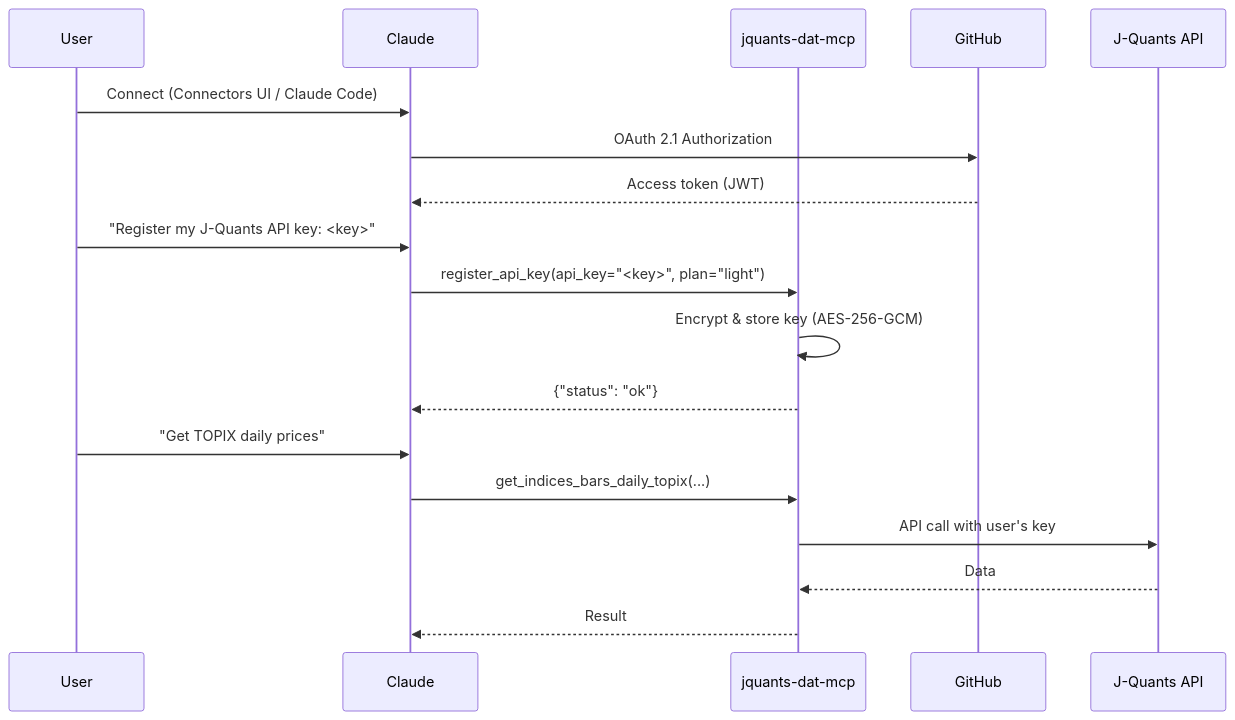
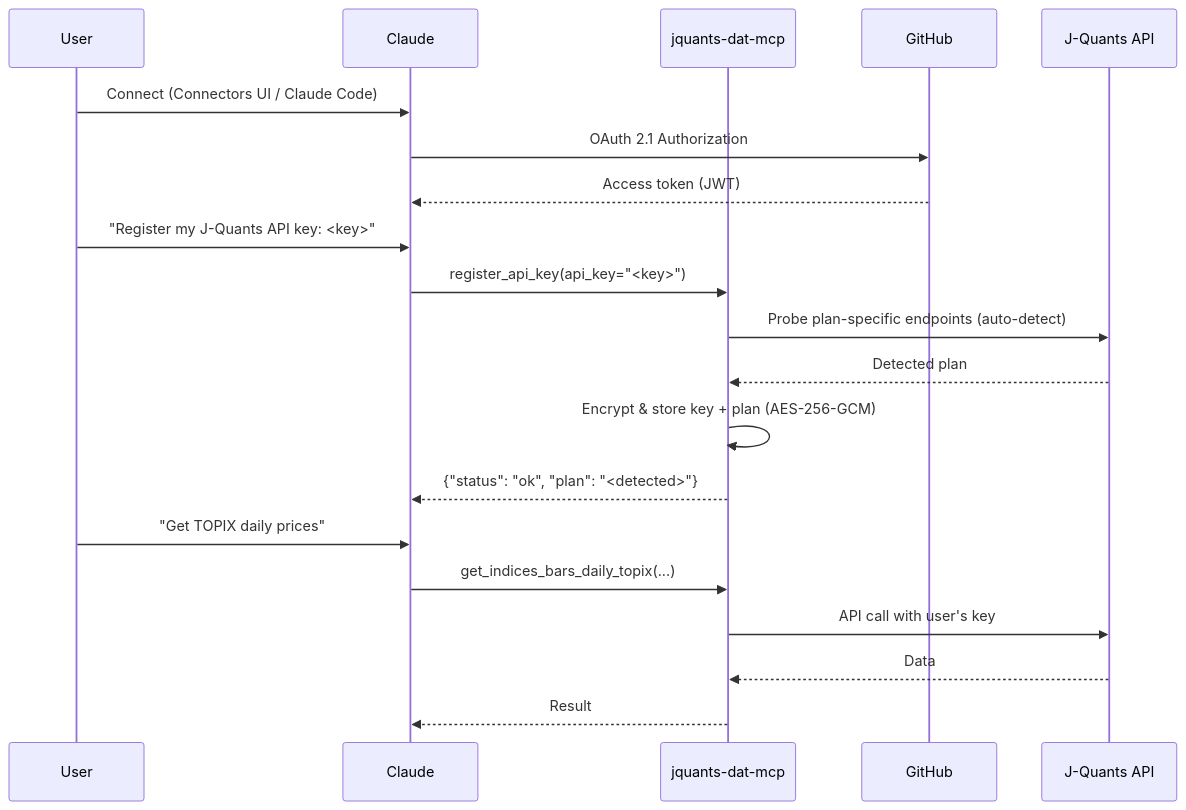
One commit to shigechika/jquants-mcp changed the first of 2 diagrams in README.md. Above: the diagram before and after it, drawn with Mermaid. The commit also changed other lines of this file and 2 other files, not shown here.

Commit message:
chore: drop plan argument from register_api_key (auto-detected) (#75)
The server has probed J-Quants endpoints to auto-detect the user's plan
since 2026-04-03, and the /settings web UI dropdown was removed in
cb9b633. The MCP tool still accepted a `plan` argument, but the value
was immediately overwritten by detect_plan() in the common case,
producing a misleading "claimed plan differs from detected plan"
warning when the Claude-provided default ("free") happened to differ
from reality. README examples also kept teaching users to pass it.

Remove the parameter from the tool signature, follow the same flow as
settings/routes.py handle_settings_post: save the user with plan="free"
as a seed, then overwrite with detect_plan() result. detect_plan()
probes endpoints from premium down to free and is independent of the
starting hint (validation.py:90).

README.md / README.ja.md: update the sequenceDiagram and the prose
around "Registering a key" to match the new behavior — no plan
argument, server probes the API and stores the detected plan.

All 356 tests pass.

````diff
--- a/README.md
+++ b/README.md
@@ -240,20 +240,22 @@
 ```mermaid
 sequenceDiagram
     participant U as User
     participant C as Claude
     participant S as jquants-dat-mcp
     participant G as GitHub
     participant J as J-Quants API
     U->>C: Connect (Connectors UI / Claude Code)
     C->>G: OAuth 2.1 Authorization
     G-->>C: Access token (JWT)
     U->>C: "Register my J-Quants API key: <key>"
-    C->>S: register_api_key(api_key="<key>", plan="light")
-    S->>S: Encrypt & store key (AES-256-GCM)
-    S-->>C: {"status": "ok"}
+    C->>S: register_api_key(api_key="<key>")
+    S->>J: Probe plan-specific endpoints (auto-detect)
+    J-->>S: Detected plan
+    S->>S: Encrypt & store key + plan (AES-256-GCM)
+    S-->>C: {"status": "ok", "plan": "<detected>"}
     U->>C: "Get TOPIX daily prices"
     C->>S: get_indices_bars_daily_topix(...)
     S->>J: API call with user's key
     J-->>S: Data
     S-->>C: Result
 ```
````
